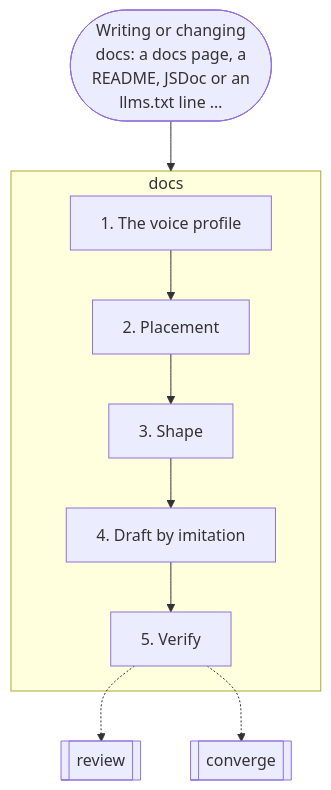
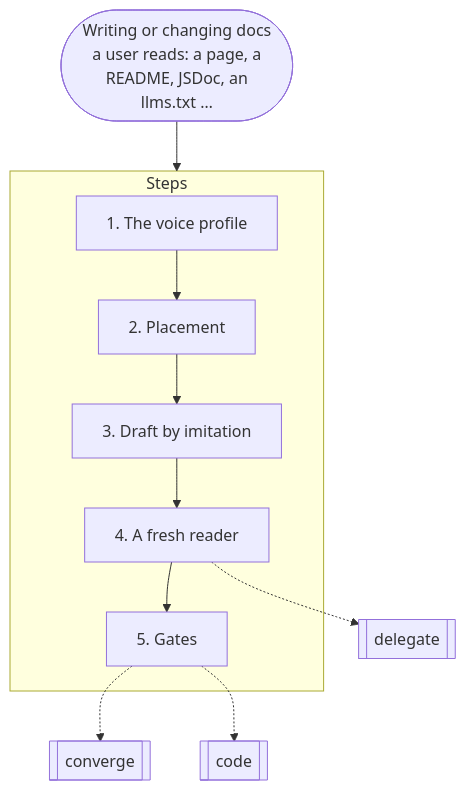
One commit to nitedani-agent/mergeworthy changed the seventh of 16 diagrams in docs/graphs.md. Above: the diagram before and after it, drawn with Mermaid. The commit also changed other lines of this file and 60 other files, not shown here.

````diff
--- a/docs/graphs.md
+++ b/docs/graphs.md
@@ -262,18 +181,19 @@
 ```mermaid
 flowchart TB
-  start(["Writing or changing<br/>docs: a docs page, a<br/>README, JSDoc or an<br/>llms.txt line …"])
-  subgraph g0["docs"]
+  start(["Writing or changing docs<br/>a user reads: a page, a<br/>README, JSDoc, an<br/>llms.txt …"])
+  subgraph g0["Steps"]
     s0["1. The voice profile"]
     s1["2. Placement"]
     s0 --> s1
-    s2["3. Shape"]
+    s2["3. Draft by imitation"]
     s1 --> s2
-    s3["4. Draft by imitation"]
+    s3["4. A fresh reader"]
     s2 --> s3
-    s4["5. Verify"]
+    s4["5. Gates"]
     s3 --> s4
   end
-  s4 -.-> r1[["review"]]
+  s3 -.-> r1[["delegate"]]
   s4 -.-> r2[["converge"]]
+  s4 -.-> r3[["code"]]
   start --> g0
 ```
````
